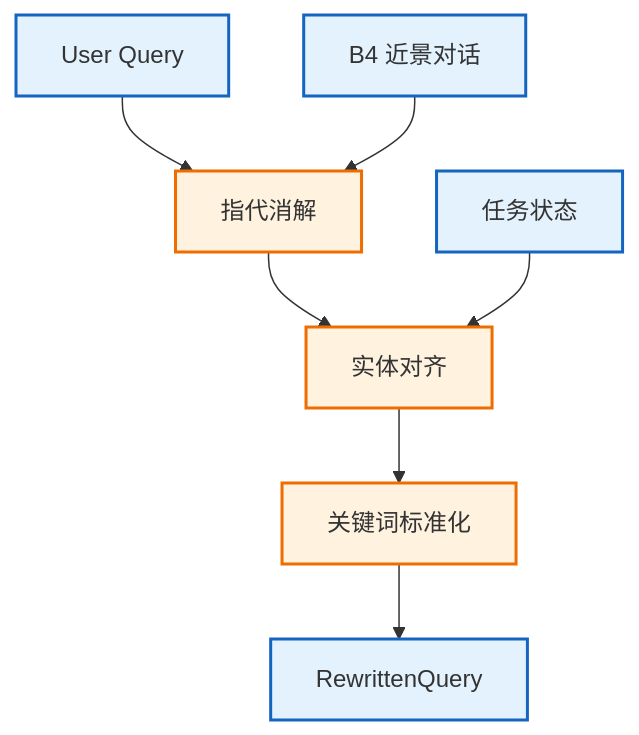
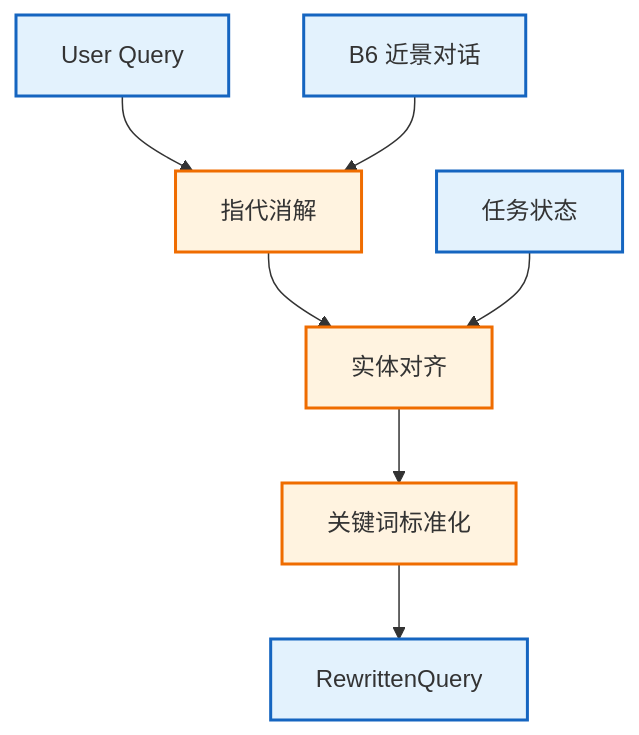
Before and after one commit to D15190304050/generic-agent: diagram 18 of 38 in discussions/ContextManagerV6.md, drawn with Mermaid. The commit also changed other lines of this file, not shown here.

````diff
--- a/discussions/ContextManagerV6.md
+++ b/discussions/ContextManagerV6.md
@@ -2210,17 +2297,17 @@
 ```mermaid
 flowchart TB
     classDef input fill:#e3f2fd,stroke:#1565c0,stroke-width:2px;
     classDef process fill:#fff3e0,stroke:#ef6c00,stroke-width:2px;
 
     Q["User Query"]:::input
-    History["B4 近景对话"]:::input
+    History["B6 近景对话"]:::input
     State["任务状态"]:::input
     Resolve["指代消解"]:::process
     Align["实体对齐"]:::process
     Normalize["关键词标准化"]:::process
     Out["RewrittenQuery"]:::input
 
     Q --> Resolve --> Align --> Normalize --> Out
     History --> Resolve
     State --> Align
 ```
````
